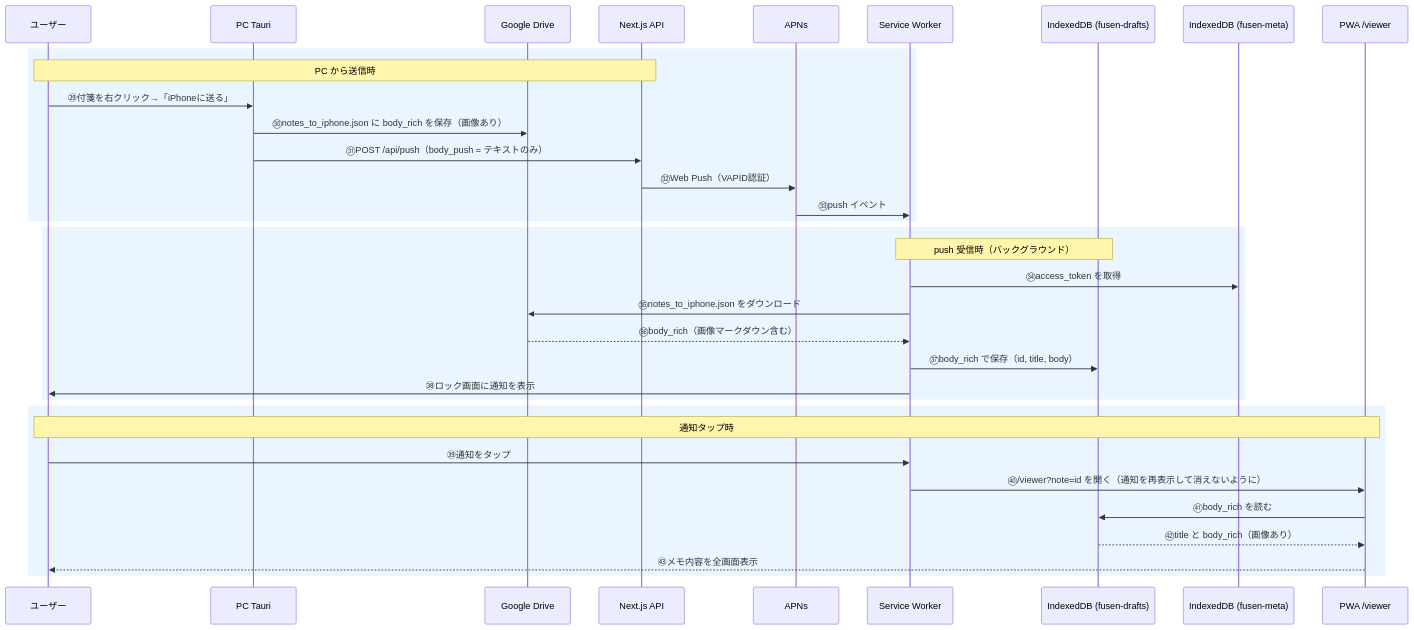
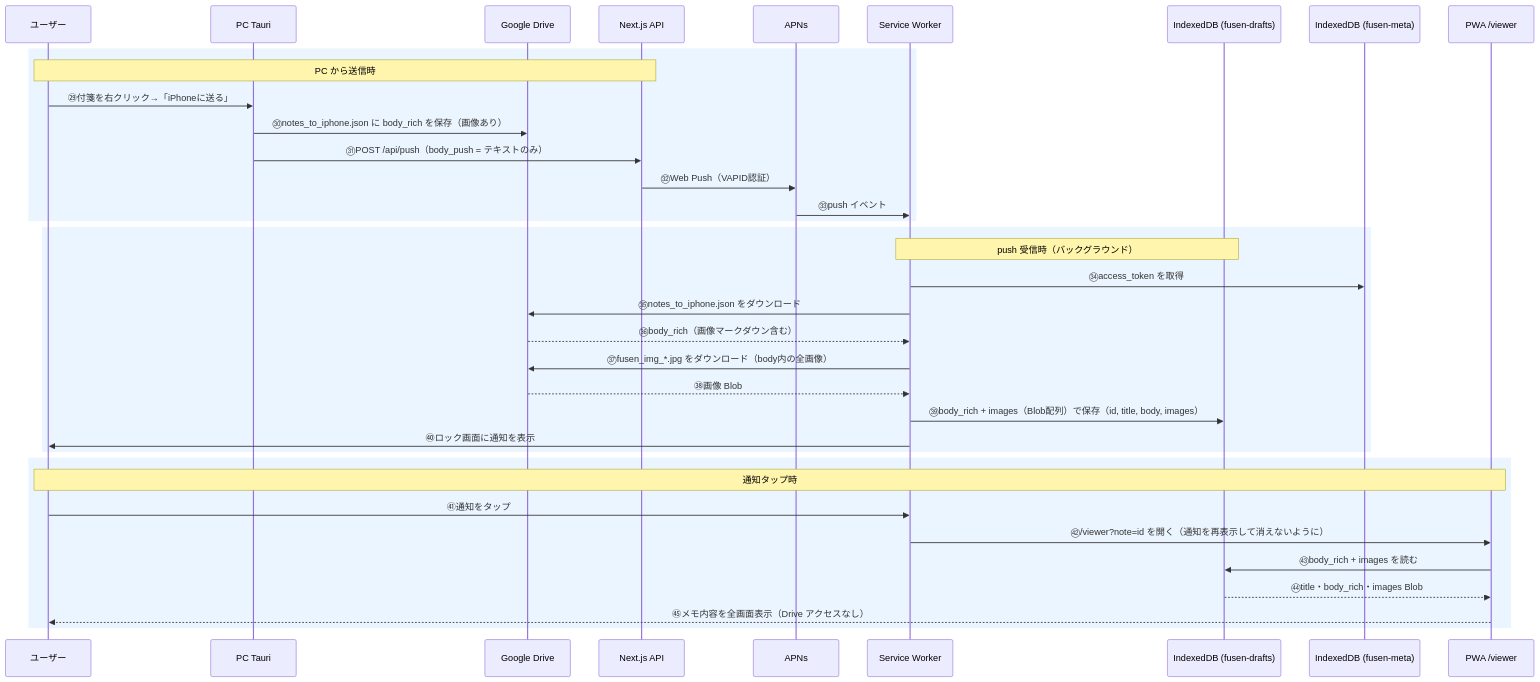
Before and after one commit to ore-no-fusen/ore-no-fusen: the tenth of 15 diagrams in docs/001_ARCHITECTURE_DESIGN.md, drawn with Mermaid. The commit also changed other lines of this file and 8 other files, not shown here.

````diff
--- a/docs/001_ARCHITECTURE_DESIGN.md
+++ b/docs/001_ARCHITECTURE_DESIGN.md
@@ -598,39 +599,41 @@
 ```mermaid
 sequenceDiagram
     participant U as ユーザー
     participant PC as PC Tauri
     participant Drive as Google Drive
     participant API as Next.js API
     participant APNs as APNs
     participant SW as Service Worker
     participant IDB as IndexedDB (fusen-drafts)
     participant Meta as IndexedDB (fusen-meta)
     participant Viewer as PWA /viewer
 
     rect rgb(235,245,255)
         note over U,API: PC から送信時
         U->>PC: ㉙付箋を右クリック→「iPhoneに送る」
         PC->>Drive: ㉚notes_to_iphone.json に body_rich を保存（画像あり）
         PC->>API: ㉛POST /api/push（body_push = テキストのみ）
         API->>APNs: ㉜Web Push（VAPID認証）
         APNs->>SW: ㉝push イベント
     end
 
     rect rgb(235,245,255)
         note over SW,IDB: push 受信時（バックグラウンド）
         SW->>Meta: ㉞access_token を取得
         SW->>Drive: ㉟notes_to_iphone.json をダウンロード
         Drive-->>SW: ㊱body_rich（画像マークダウン含む）
-        SW->>IDB: ㊲body_rich で保存（id, title, body）
-        SW->>U: ㊳ロック画面に通知を表示
+        SW->>Drive: ㊲fusen_img_*.jpg をダウンロード（body内の全画像）
+        Drive-->>SW: ㊳画像 Blob
+        SW->>IDB: ㊴body_rich + images（Blob配列）で保存（id, title, body, images）
+        SW->>U: ㊵ロック画面に通知を表示
     end
 
     rect rgb(235,245,255)
         note over U,Viewer: 通知タップ時
-        U->>SW: ㊴通知をタップ
-        SW->>Viewer: ㊵/viewer?note=id を開く（通知を再表示して消えないように）
-        Viewer->>IDB: ㊶body_rich を読む
-        IDB-->>Viewer: ㊷title と body_rich（画像あり）
-        Viewer-->>U: ㊸メモ内容を全画面表示
+        U->>SW: ㊶通知をタップ
+        SW->>Viewer: ㊷/viewer?note=id を開く（通知を再表示して消えないように）
+        Viewer->>IDB: ㊸body_rich + images を読む
+        IDB-->>Viewer: ㊹title・body_rich・images Blob
+        Viewer-->>U: ㊺メモ内容を全画面表示（Drive アクセスなし）
     end
 ```
````
